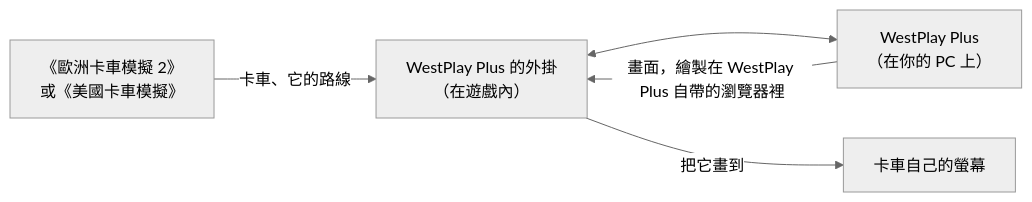
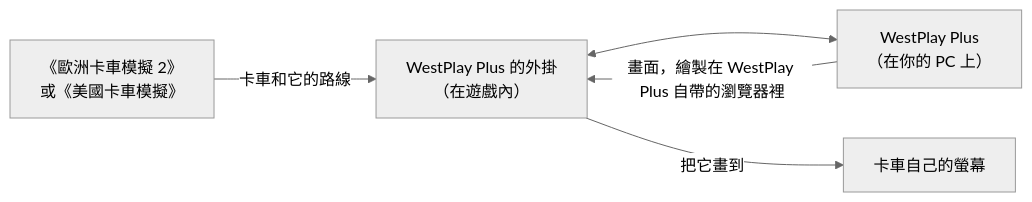
One commit to HandsomeTurtle0307/WestPlay-Plus changed the diagram in docs/readme/README.zh-TW.md. Above: the diagram before and after it, drawn with Mermaid (neutral theme). The commit also changed other lines of this file and 63 other files, not shown here.

````diff
--- a/docs/readme/README.zh-TW.md
+++ b/docs/readme/README.zh-TW.md
@@ -58,7 +58,7 @@
 ```mermaid
 flowchart LR
-  game["《歐洲卡車模擬 2》<br/>或《美國卡車模擬》"] -- "卡車、它的路線" --> plugin["WestPlay Plus 的外掛<br/>（在遊戲內）"]
+  game["《歐洲卡車模擬 2》<br/>或《美國卡車模擬》"] -- "卡車和它的路線" --> plugin["WestPlay Plus 的外掛<br/>（在遊戲內）"]
   plugin <--> app["WestPlay Plus<br/>（在你的 PC 上）"]
   app -- "畫面，繪製在 WestPlay Plus 自帶的瀏覽器裡" --> plugin
   plugin -- "把它畫到" --> screen["卡車自己的螢幕"]
 ```
````
